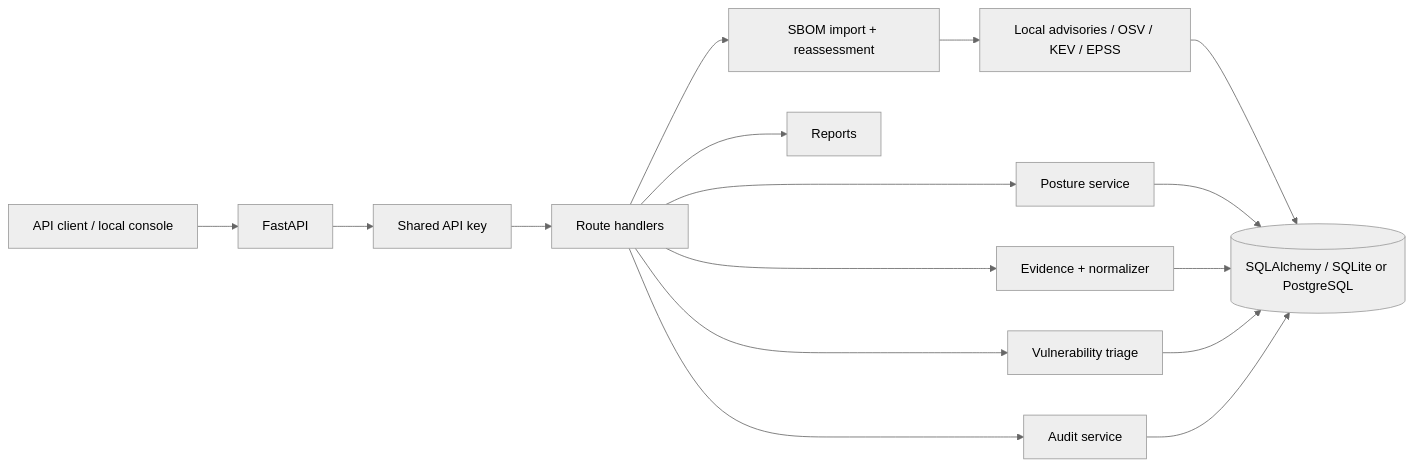
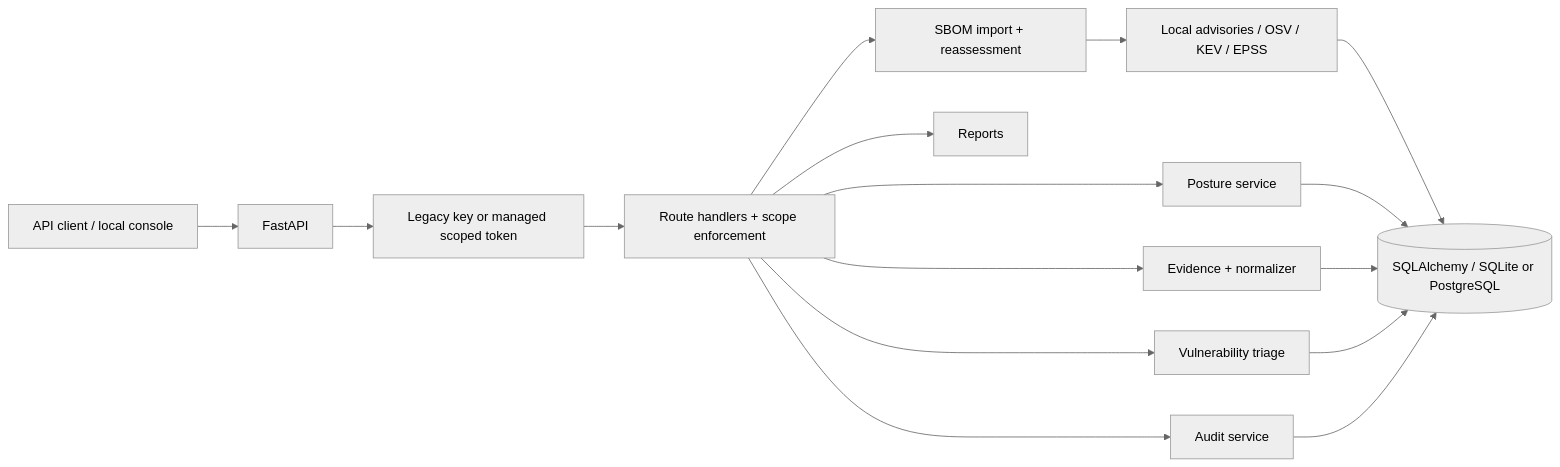
One commit to silvatechf/DeviceTrust changed the diagram in README.md. Above: the diagram before and after it, drawn with Mermaid (neutral theme). The commit also changed other lines of this file, not shown here.

Commit message:
docs: update product capabilities and managed identity status

````diff
--- a/README.md
+++ b/README.md
@@ -90,18 +90,18 @@
 ```mermaid
 flowchart LR
     CLIENT[API client / local console] --> API[FastAPI]
-    API --> AUTH[Shared API key]
-    AUTH --> ROUTES[Route handlers]
+    API --> AUTH[Legacy key or managed scoped token]
+    AUTH --> ROUTES[Route handlers + scope enforcement]
     ROUTES --> POSTURE[Posture service]
     ROUTES --> EVIDENCE[Evidence + normalizer]
     ROUTES --> SBOM[SBOM import + reassessment]
     SBOM --> INTEL[Local advisories / OSV / KEV / EPSS]
     ROUTES --> TRIAGE[Vulnerability triage]
     ROUTES --> REPORT[Reports]
     ROUTES --> AUDIT[Audit service]
     INTEL --> DB[(SQLAlchemy / SQLite or PostgreSQL)]
     POSTURE --> DB
     EVIDENCE --> DB
     TRIAGE --> DB
     AUDIT --> DB
 ```
````
